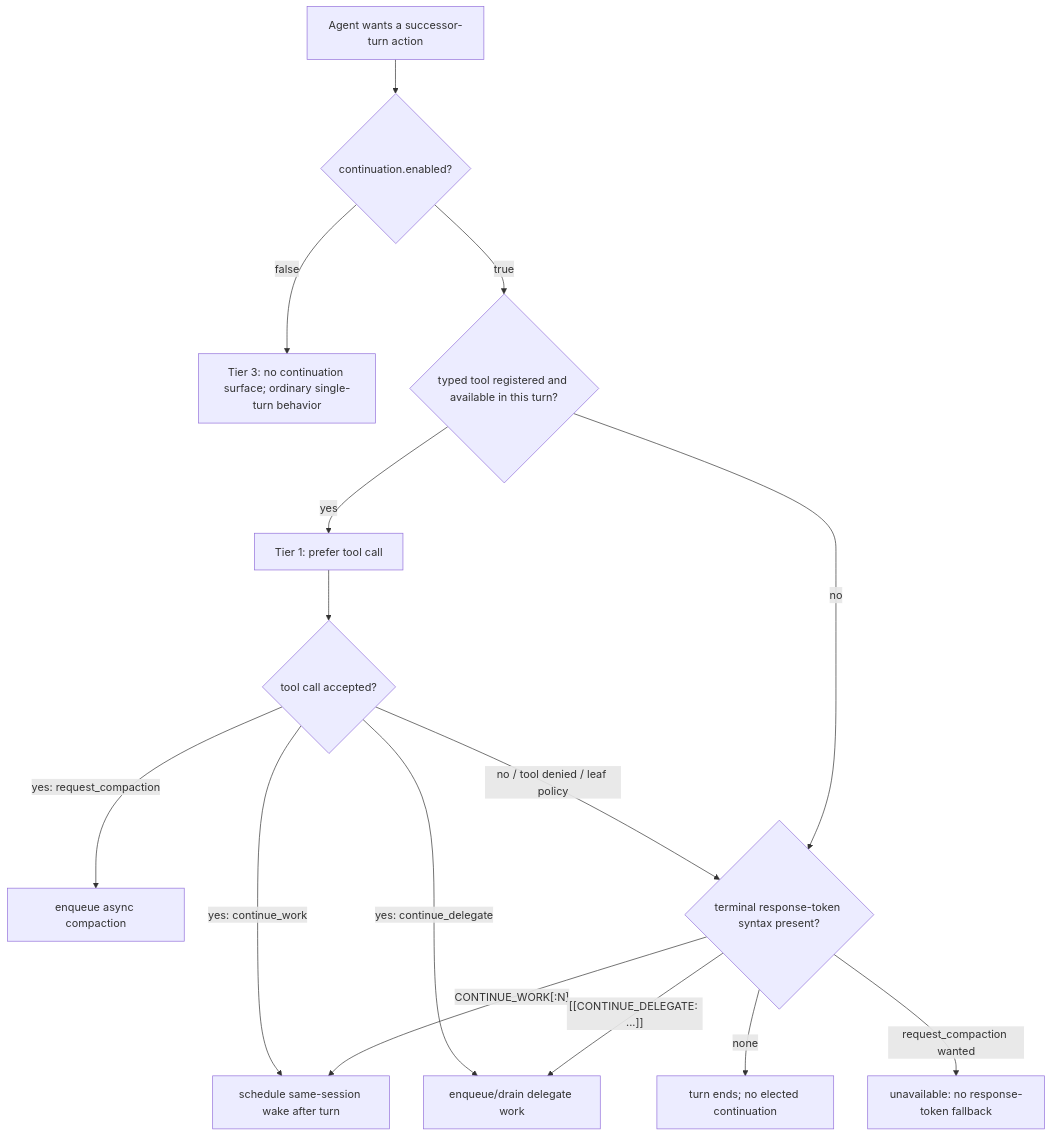
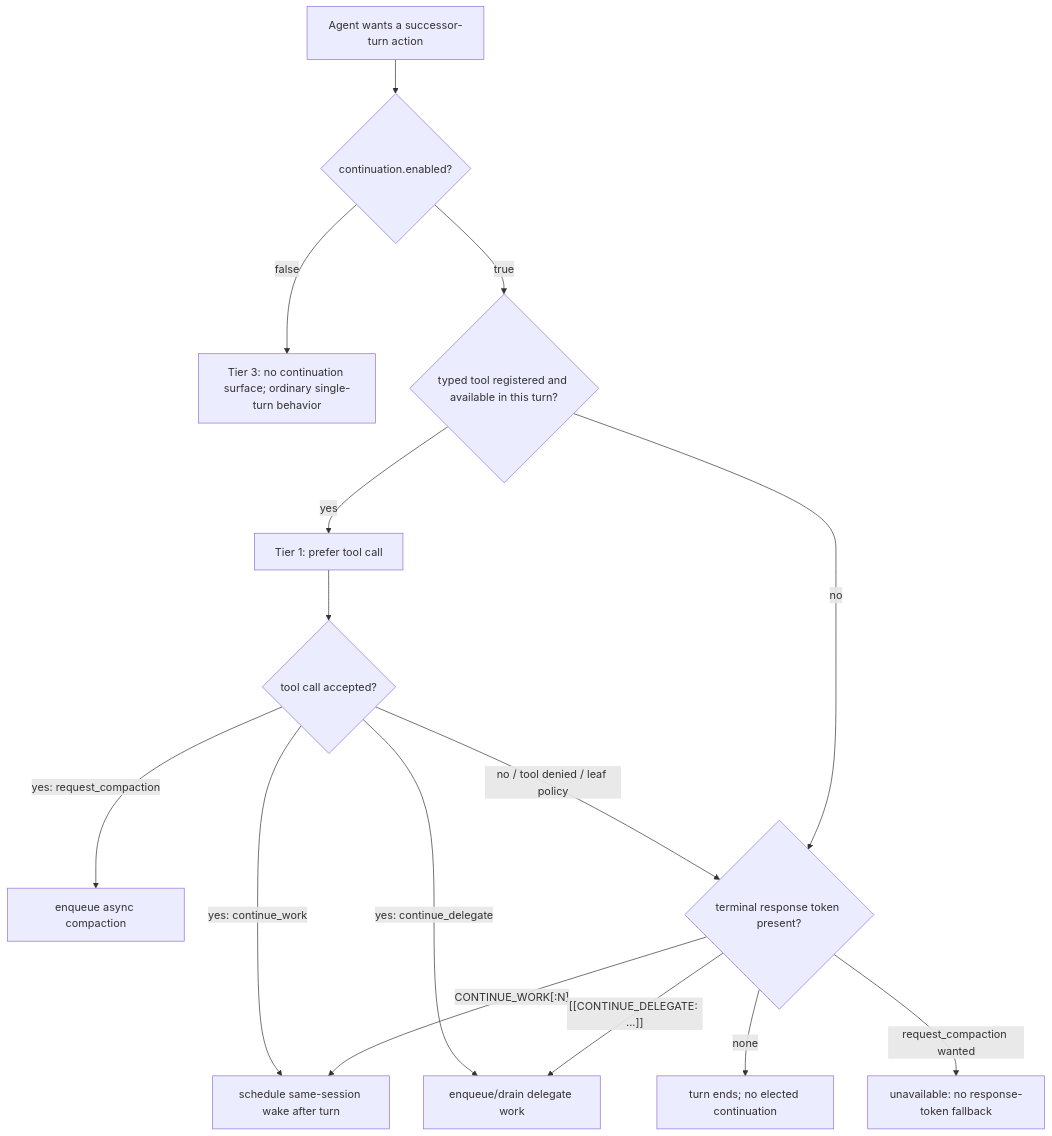
Before and after one commit to karmaterminal/openclaw: the first of 6 diagrams in docs/design/continue-work-signal-v2.md, drawn with Mermaid. The commit also changed other lines of this file, not shown here.

````diff
--- a/docs/design/continue-work-signal-v2.md
+++ b/docs/design/continue-work-signal-v2.md
@@ -308,17 +318,17 @@
 ```mermaid
 flowchart TD
     A["Agent wants a successor-turn action"] --> B{"continuation.enabled?"}
     B -- "false" --> OFF["Tier 3: no continuation surface; ordinary single-turn behavior"]
     B -- "true" --> C{"typed tool registered and available in this turn?"}
     C -- "yes" --> D["Tier 1: prefer tool call"]
     D --> E{"tool call accepted?"}
     E -- "yes: continue_work" --> W["schedule same-session wake after turn"]
     E -- "yes: continue_delegate" --> G["enqueue/drain delegate work"]
     E -- "yes: request_compaction" --> Q["enqueue async compaction"]
-    E -- "no / tool denied / leaf policy" --> F{"terminal response-token syntax present?"}
+    E -- "no / tool denied / leaf policy" --> F{"terminal response token present?"}
     C -- "no" --> F
     F -- "CONTINUE_WORK[:N]" --> W
     F -- "[[CONTINUE_DELEGATE: ...]]" --> G
     F -- "none" --> IDLE["turn ends; no elected continuation"]
     F -- "request_compaction wanted" --> NOFALL["unavailable: no response-token fallback"]
 ```
````
